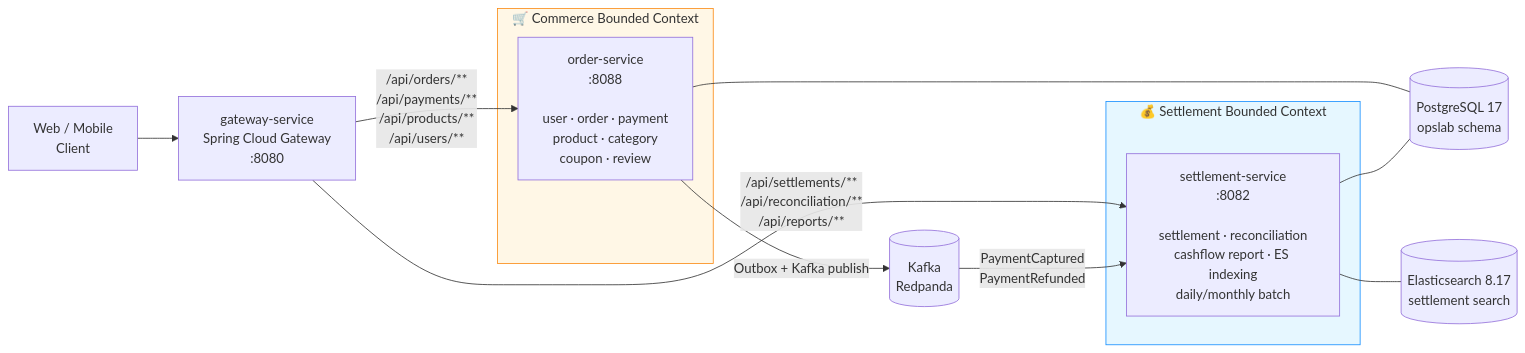
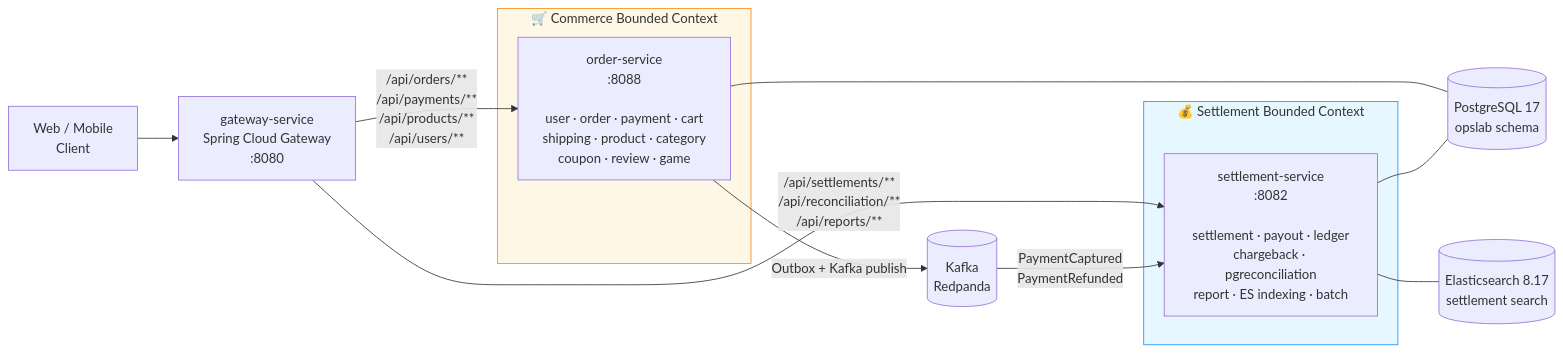
One commit to MyoungSoo7/settlement changed the diagram in README.md. Above: the diagram before and after it, drawn with Mermaid. The commit also changed other lines of this file and 1 other file, not shown here.

````diff
--- a/README.md
+++ b/README.md
@@ -33,26 +33,26 @@
 ```mermaid
 flowchart LR
     Client["Web / Mobile<br/>Client"] --> GW
     GW["gateway-service<br/>Spring Cloud Gateway<br/>:8080"]
 
     GW -->|/api/orders/**<br/>/api/payments/**<br/>/api/products/**<br/>/api/users/**| OS
     GW -->|/api/settlements/**<br/>/api/reconciliation/**<br/>/api/reports/**| SS
 
     subgraph commerce["🛒 Commerce Bounded Context"]
-        OS["order-service<br/>:8088<br/><br/>user · order · payment<br/>product · category<br/>coupon · review"]
+        OS["order-service<br/>:8088<br/><br/>user · order · payment · cart<br/>shipping · product · category<br/>coupon · review · game"]
     end
 
     subgraph settlement["💰 Settlement Bounded Context"]
-        SS["settlement-service<br/>:8082<br/><br/>settlement · reconciliation<br/>cashflow report · ES indexing<br/>daily/monthly batch"]
+        SS["settlement-service<br/>:8082<br/><br/>settlement · payout · ledger<br/>chargeback · pgreconciliation<br/>report · ES indexing · batch"]
     end
 
     OS -->|Outbox + Kafka publish| K[(Kafka<br/>Redpanda)]
     K -->|PaymentCaptured<br/>PaymentRefunded| SS
 
     OS --- PG[(PostgreSQL 17<br/>opslab schema)]
     SS --- PG
     SS --- ES[(Elasticsearch 8.17<br/>settlement search)]
 
     style commerce fill:#fff7e6,stroke:#fa8c16
     style settlement fill:#e6f7ff,stroke:#1890ff
 ```
````
